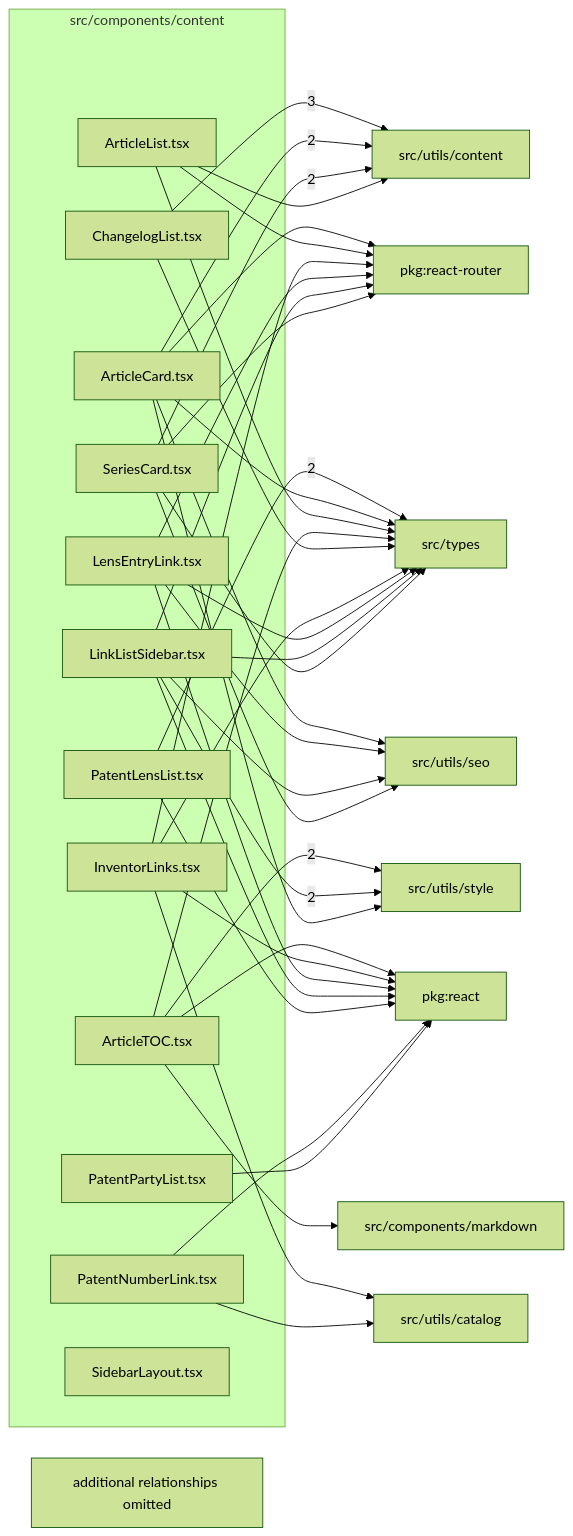
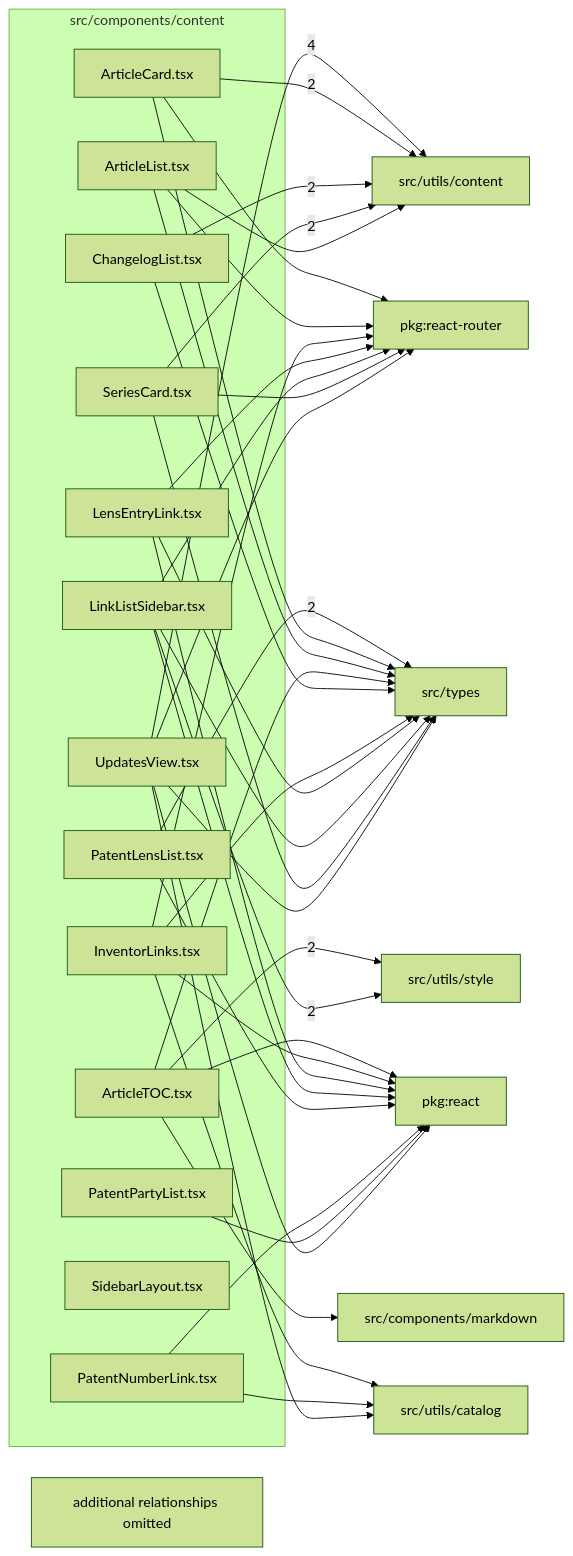
The diagram in src/components/content/readme.md (ronbuening/LensVisualizer), drawn with Mermaid (forest theme) before and after one commit. The commit also changed other lines of this file and 35 other files, not shown here.

````diff
--- a/src/components/content/readme.md
+++ b/src/components/content/readme.md
@@ -9,62 +9,62 @@
 ```mermaid
 flowchart LR
   subgraph n_src_components_content["src/components/content"]
     n_src_components_content_src_components_content_ArticleCard_tsx["ArticleCard.tsx"]
     n_src_components_content_src_components_content_ArticleList_tsx["ArticleList.tsx"]
     n_src_components_content_src_components_content_ArticleTOC_tsx["ArticleTOC.tsx"]
     n_src_components_content_src_components_content_ChangelogList_tsx["ChangelogList.tsx"]
     n_src_components_content_src_components_content_InventorLinks_tsx["InventorLinks.tsx"]
     n_src_components_content_src_components_content_LensEntryLink_tsx["LensEntryLink.tsx"]
     n_src_components_content_src_components_content_LinkListSidebar_tsx["LinkListSidebar.tsx"]
     n_src_components_content_src_components_content_PatentLensList_tsx["PatentLensList.tsx"]
     n_src_components_content_src_components_content_PatentNumberLink_tsx["PatentNumberLink.tsx"]
     n_src_components_content_src_components_content_PatentPartyList_tsx["PatentPartyList.tsx"]
     n_src_components_content_src_components_content_SeriesCard_tsx["SeriesCard.tsx"]
     n_src_components_content_src_components_content_SidebarLayout_tsx["SidebarLayout.tsx"]
+    n_src_components_content_src_components_content_UpdatesView_tsx["UpdatesView.tsx"]
   end
   n_external_src_utils_content["src/utils/content"]
   n_external_src_types["src/types"]
   n_external_src_utils_style["src/utils/style"]
   n_external_pkg_react["pkg:react"]
   n_external_pkg_react_router["pkg:react-router"]
   n_external_src_components_markdown["src/components/markdown"]
   n_external_src_utils_catalog["src/utils/catalog"]
-  n_external_src_utils_seo["src/utils/seo"]
-  n_src_components_content_src_components_content_ChangelogList_tsx --> |3| n_external_src_utils_content
+  n_src_components_content_src_components_content_UpdatesView_tsx --> |4| n_external_src_utils_content
   n_src_components_content_src_components_content_PatentLensList_tsx --> |2| n_external_src_types
   n_src_components_content_src_components_content_ArticleCard_tsx --> |2| n_external_src_utils_content
+  n_src_components_content_src_components_content_ChangelogList_tsx --> |2| n_external_src_utils_content
   n_src_components_content_src_components_content_SeriesCard_tsx --> |2| n_external_src_utils_content
   n_src_components_content_src_components_content_ArticleTOC_tsx --> |2| n_external_src_utils_style
   n_src_components_content_src_components_content_LinkListSidebar_tsx --> |2| n_external_src_utils_style
   n_src_components_content_src_components_content_ArticleTOC_tsx --> n_external_pkg_react
   n_src_components_content_src_components_content_InventorLinks_tsx --> n_external_pkg_react
   n_src_components_content_src_components_content_LensEntryLink_tsx --> n_external_pkg_react
   n_src_components_content_src_components_content_LinkListSidebar_tsx --> n_external_pkg_react
   n_src_components_content_src_components_content_PatentLensList_tsx --> n_external_pkg_react
   n_src_components_content_src_components_content_PatentNumberLink_tsx --> n_external_pkg_react
   n_src_components_content_src_components_content_PatentPartyList_tsx --> n_external_pkg_react
+  n_src_components_content_src_components_content_UpdatesView_tsx --> n_external_pkg_react
   n_src_components_content_src_components_content_ArticleCard_tsx --> n_external_pkg_react_router
   n_src_components_content_src_components_content_ArticleList_tsx --> n_external_pkg_react_router
   n_src_components_content_src_components_content_InventorLinks_tsx --> n_external_pkg_react_router
   n_src_components_content_src_components_content_LensEntryLink_tsx --> n_external_pkg_react_router
   n_src_components_content_src_components_content_LinkListSidebar_tsx --> n_external_pkg_react_router
   n_src_components_content_src_components_content_SeriesCard_tsx --> n_external_pkg_react_router
+  n_src_components_content_src_components_content_UpdatesView_tsx --> n_external_pkg_react_router
   n_src_components_content_src_components_content_ArticleTOC_tsx --> n_external_src_components_markdown
   n_src_components_content_src_components_content_ArticleCard_tsx --> n_external_src_types
   n_src_components_content_src_components_content_ArticleList_tsx --> n_external_src_types
   n_src_components_content_src_components_content_ArticleTOC_tsx --> n_external_src_types
   n_src_components_content_src_components_content_ChangelogList_tsx --> n_external_src_types
   n_src_components_content_src_components_content_InventorLinks_tsx --> n_external_src_types
   n_src_components_content_src_components_content_LensEntryLink_tsx --> n_external_src_types
   n_src_components_content_src_components_content_LinkListSidebar_tsx --> n_external_src_types
   n_src_components_content_src_components_content_SeriesCard_tsx --> n_external_src_types
+  n_src_components_content_src_components_content_UpdatesView_tsx --> n_external_src_types
   n_src_components_content_src_components_content_InventorLinks_tsx --> n_external_src_utils_catalog
   n_src_components_content_src_components_content_PatentNumberLink_tsx --> n_external_src_utils_catalog
+  n_src_components_content_src_components_content_UpdatesView_tsx --> n_external_src_utils_catalog
   n_src_components_content_src_components_content_ArticleList_tsx --> n_external_src_utils_content
-  n_src_components_content_src_components_content_ArticleCard_tsx --> n_external_src_utils_seo
-  n_src_components_content_src_components_content_LensEntryLink_tsx --> n_external_src_utils_seo
-  n_src_components_content_src_components_content_LinkListSidebar_tsx --> n_external_src_utils_seo
-  n_src_components_content_src_components_content_SeriesCard_tsx --> n_external_src_utils_seo
-  n_src_components_content_src_components_content_ArticleCard_tsx --> n_external_src_utils_style
   n_src_components_content_truncated["additional relationships omitted"]
 ```
````
